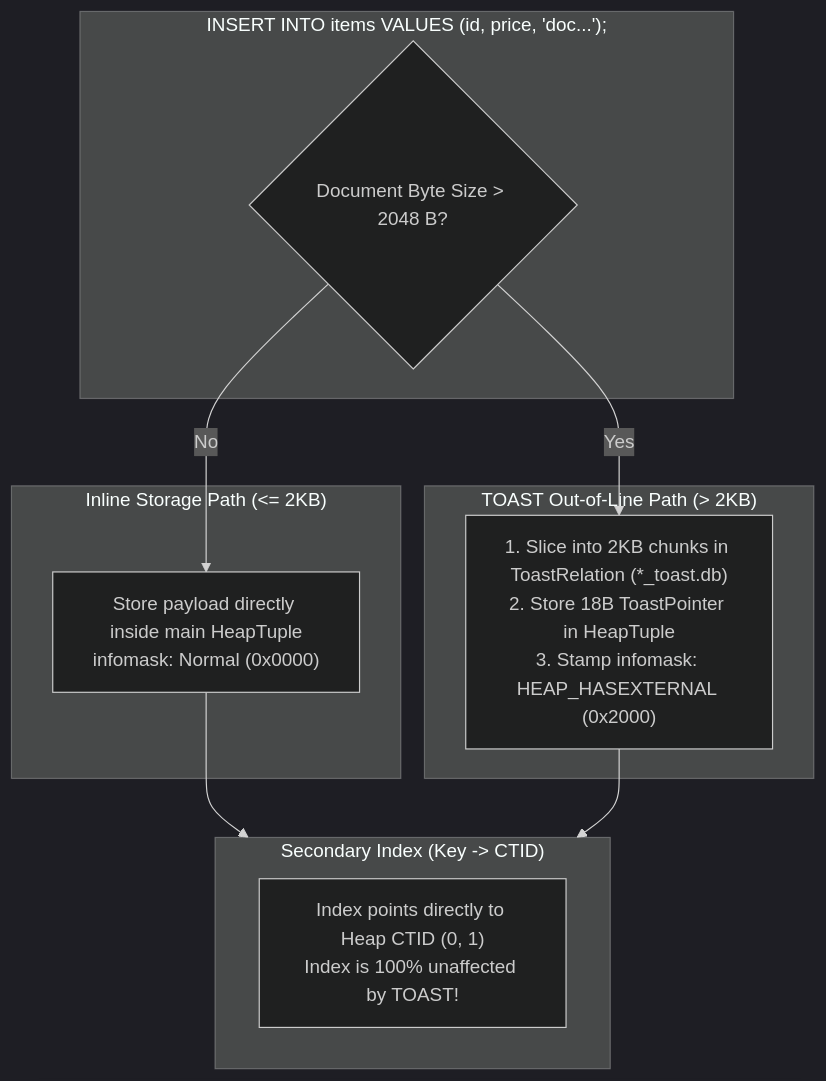
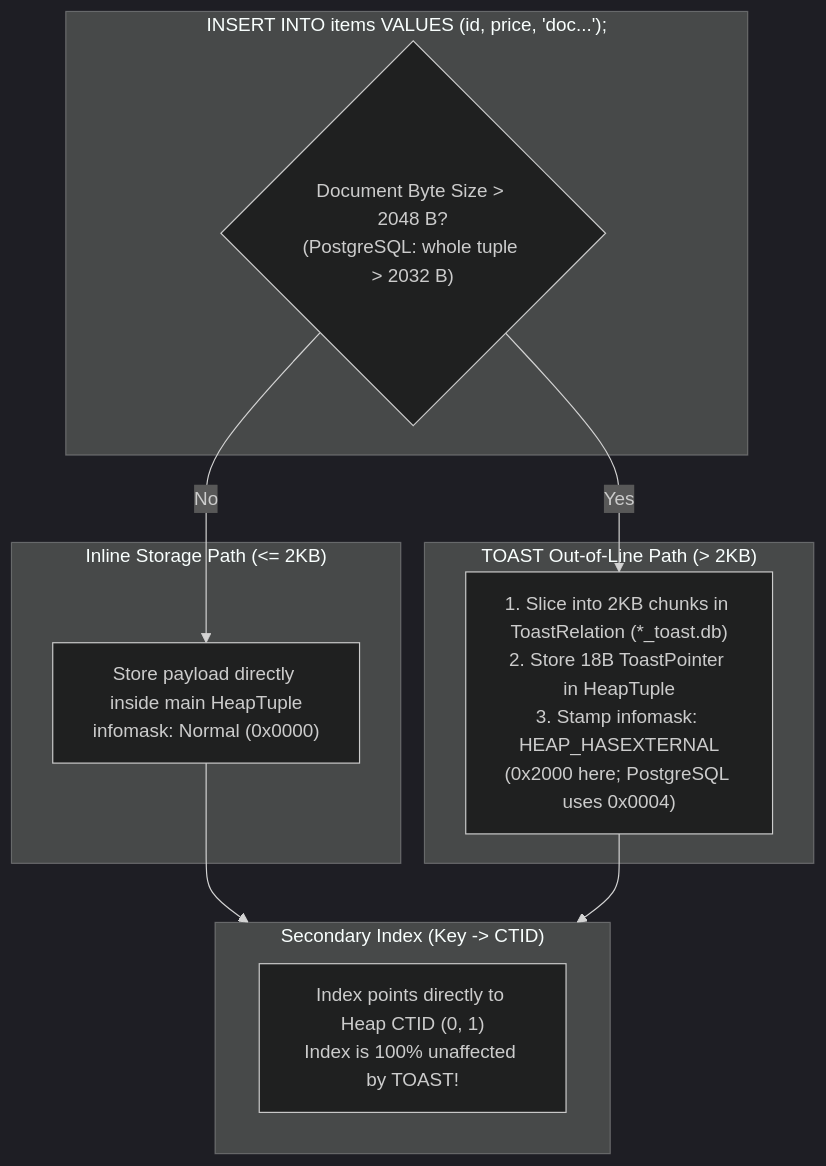
One commit to Nimastic/cpp-postgres changed the first of 2 diagrams in notes/atlas/17-toast-heap-index-integration.md. Above: the diagram before and after it, drawn with Mermaid (dark theme). The commit also changed other lines of this file and 62 other files, not shown here.

Commit message:
fix(core): remediate architecture audit findings (durability, sessions, recovery, single-gateway)

````diff
--- a/notes/atlas/17-toast-heap-index-integration.md
+++ b/notes/atlas/17-toast-heap-index-integration.md
@@ -12,23 +12,23 @@
 ```mermaid
 flowchart TD
     subgraph QueryLayer["INSERT INTO items VALUES (id, price, 'doc...');"]
-        CHECK{"Document Byte Size > 2048 B?"}
+        CHECK{"Document Byte Size > 2048 B?\n(PostgreSQL: whole tuple > 2032 B)"}
     end
 
     subgraph InlinePath["Inline Storage Path (<= 2KB)"]
         INLINE["Store payload directly inside main HeapTuple\ninfomask: Normal (0x0000)"]
     end
 
     subgraph OutOfLinePath["TOAST Out-of-Line Path (> 2KB)"]
-        CHUNK["1. Slice into 2KB chunks in ToastRelation (*_toast.db)\n2. Store 18B ToastPointer in HeapTuple\n3. Stamp infomask: HEAP_HASEXTERNAL (0x2000)"]
+        CHUNK["1. Slice into 2KB chunks in ToastRelation (*_toast.db)\n2. Store 18B ToastPointer in HeapTuple\n3. Stamp infomask: HEAP_HASEXTERNAL\n(0x2000 here; PostgreSQL uses 0x0004)"]
     end
 
     subgraph BTreeIndex["Secondary Index (Key -> CTID)"]
         IDX["Index points directly to Heap CTID (0, 1)\nIndex is 100% unaffected by TOAST!"]
     end
 
     CHECK -->|No| INLINE
     CHECK -->|Yes| CHUNK
     INLINE --> BTreeIndex
     CHUNK --> BTreeIndex
 ```
````
